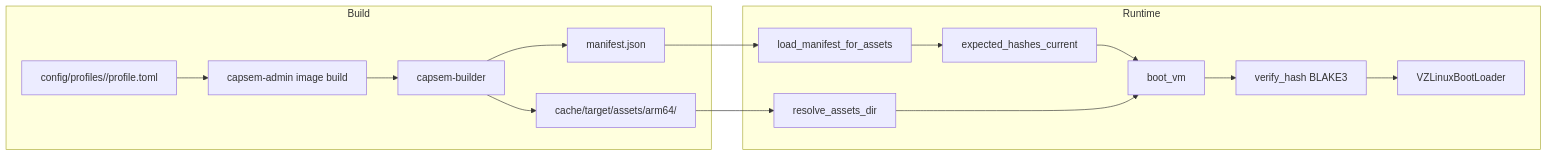
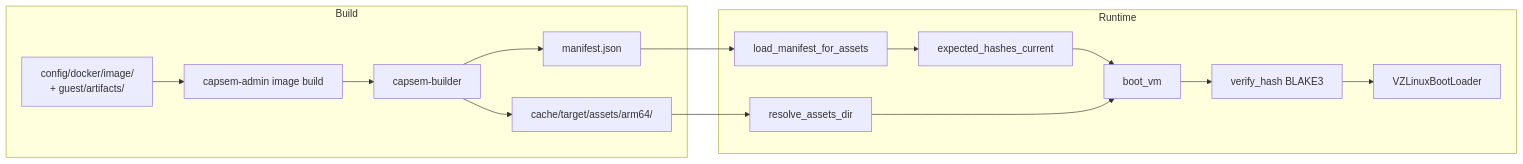
Before and after one commit to google/capsem: the diagram in web/docs/src/content/docs/architecture/asset-pipeline.md, drawn with Mermaid. The commit also changed other lines of this file and 51 other files, not shown here.

````diff
--- a/web/docs/src/content/docs/architecture/asset-pipeline.md
+++ b/web/docs/src/content/docs/architecture/asset-pipeline.md
@@ -304,19 +312,19 @@
 ```mermaid
 flowchart LR
     subgraph Build
-        PROFILE["config/profiles/<id>/profile.toml"] --> Admin["capsem-admin image build"]
+        IMAGE["config/docker/image/\n+ guest/artifacts/"] --> Admin["capsem-admin image build"]
         Admin --> Builder[capsem-builder]
         Builder --> Assets[cache/target/assets/arm64/]
         Builder --> Checksums[manifest.json]
     end
 
     subgraph Runtime
         Checksums --> LoadManifest[load_manifest_for_assets]
         LoadManifest --> ExpectedHashes[expected_hashes_current]
         ExpectedHashes --> Boot[boot_vm]
         Assets --> Resolve[resolve_assets_dir]
         Resolve --> Boot
         Boot --> Verify[verify_hash BLAKE3]
         Verify --> VZ[VZLinuxBootLoader]
     end
 ```
````
